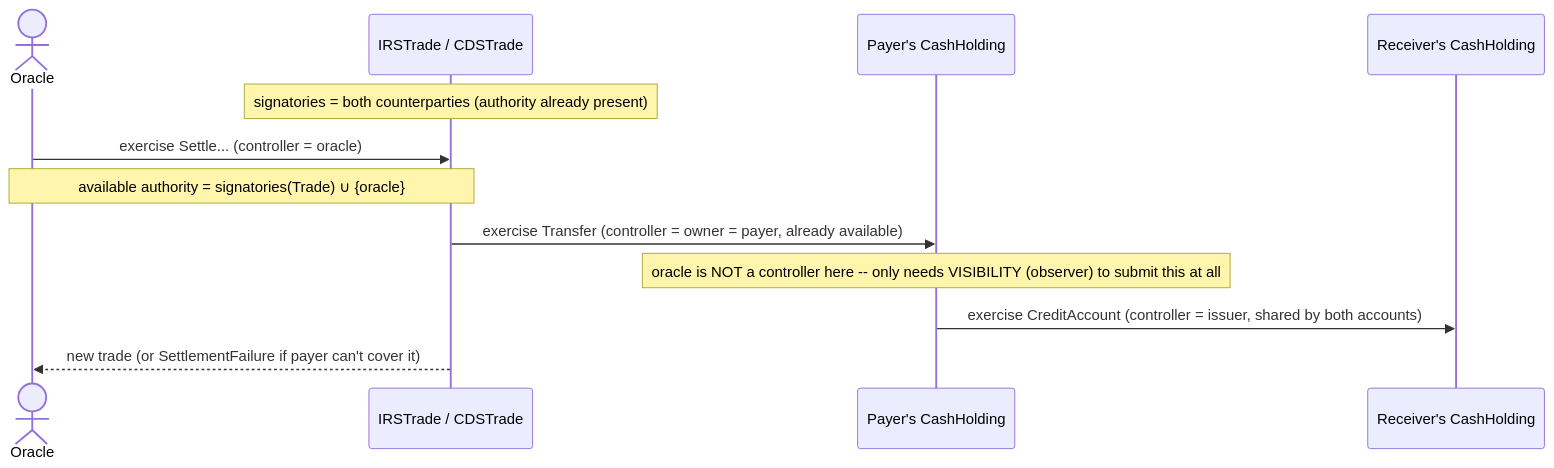
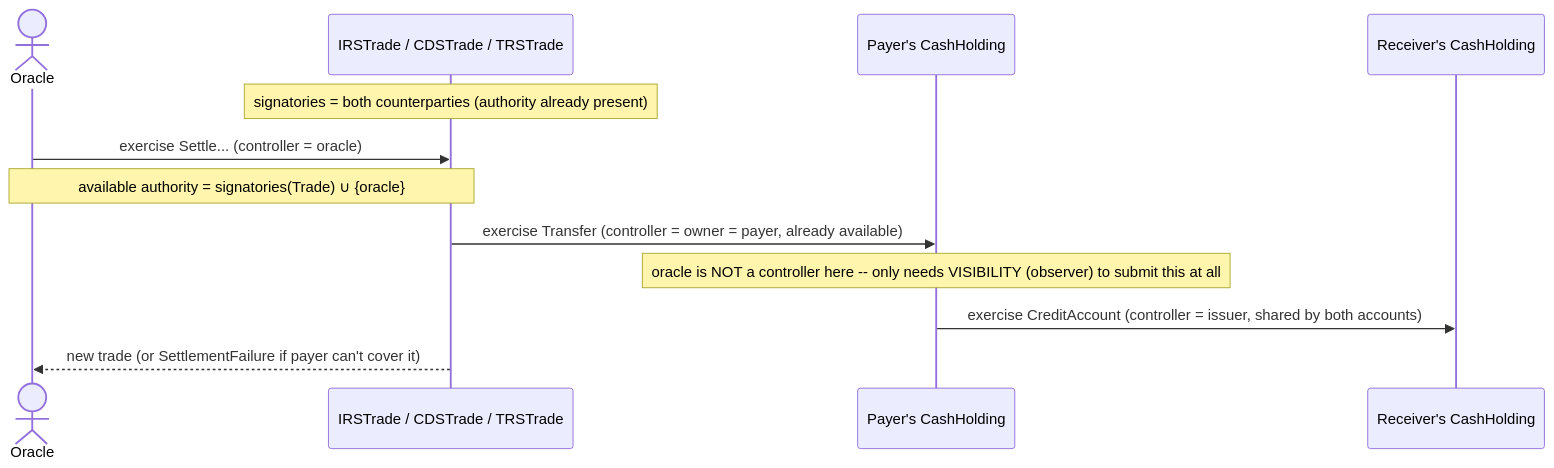
One commit to olegabu/daml-swaps changed the second of 4 diagrams in ARCHITECTURE.md. Above: the diagram before and after it, drawn with Mermaid. The commit also changed other lines of this file and 5 other files, not shown here.

````diff
--- a/ARCHITECTURE.md
+++ b/ARCHITECTURE.md
@@ -560,15 +591,15 @@
 ```mermaid
 sequenceDiagram
     actor Oracle
-    participant Trade as IRSTrade / CDSTrade
+    participant Trade as IRSTrade / CDSTrade / TRSTrade
     participant PayerCash as Payer's CashHolding
     participant ReceiverCash as Receiver's CashHolding
 
     Note over Trade: signatories = both counterparties (authority already present)
     Oracle->>Trade: exercise Settle... (controller = oracle)
     Note over Oracle,Trade: available authority = signatories(Trade) ∪ {oracle}
     Trade->>PayerCash: exercise Transfer (controller = owner = payer, already available)
     Note over PayerCash: oracle is NOT a controller here -- only needs VISIBILITY (observer) to submit this at all
     PayerCash->>ReceiverCash: exercise CreditAccount (controller = issuer, shared by both accounts)
     Trade-->>Oracle: new trade (or SettlementFailure if payer can't cover it)
 ```
````
